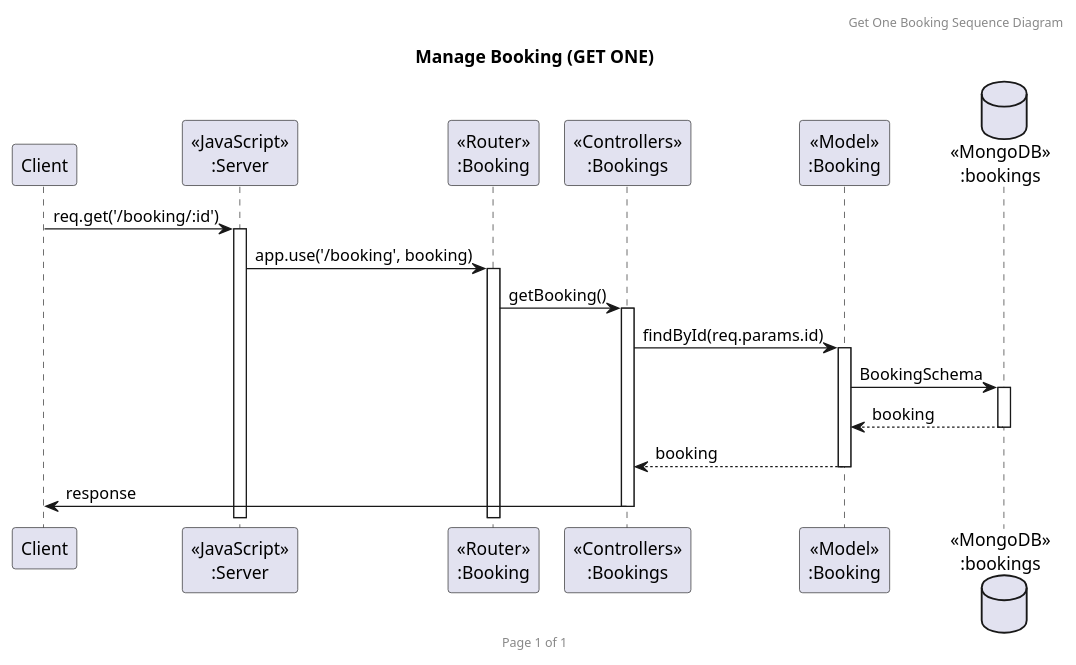
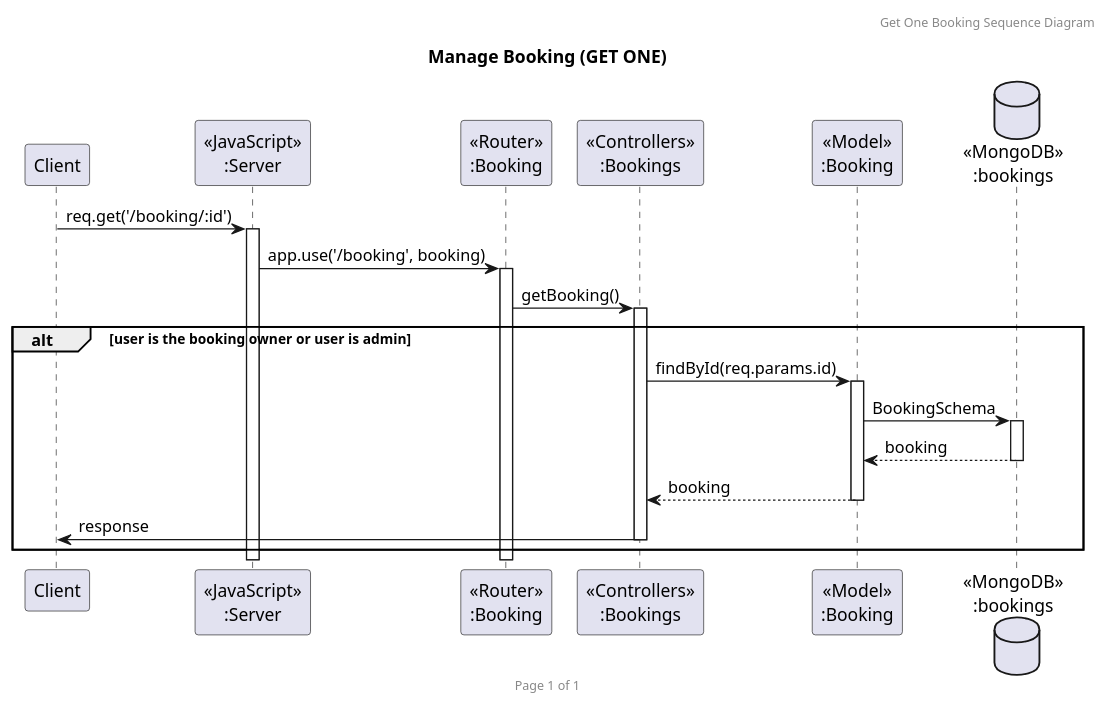
Before and after one commit to 2110503TACEDT66/presentation-day-1-laeo-tae-loei: the diagram in diagram/sequence/booking/getBooking.puml, drawn with PlantUML. The commit also changed 3 other files, not shown here.

Commit message:
booking sequence diagram

```diff
--- a/diagram/sequence/booking/getBooking.puml
+++ b/diagram/sequence/booking/getBooking.puml
@@ -1,23 +1,24 @@
 @startuml Get One Booking
 
 header Get One Booking Sequence Diagram
 footer Page %page% of %lastpage%
 title "Manage Booking (GET ONE)"
 
 participant "Client" as client
 participant "<<JavaScript>>\n:Server" as server
 participant "<<Router>>\n:Booking" as routerBookings
 participant "<<Controllers>>\n:Bookings" as controllersBookings
 participant "<<Model>>\n:Booking" as modelBooking
 database "<<MongoDB>>\n:bookings" as BookingsDatabase
 
 client -> server ++:req.get('/booking/:id')
 server -> routerBookings ++:app.use('/booking', booking)
 routerBookings -> controllersBookings ++:getBooking()
-controllersBookings -> modelBooking ++:findById(req.params.id)
-modelBooking -> BookingsDatabase ++: BookingSchema
-BookingsDatabase --> modelBooking --: booking
-controllersBookings <-- modelBooking --: booking
-controllersBookings -> client --: response
-
+alt user is the booking owner or user is admin
+    controllersBookings -> modelBooking ++:findById(req.params.id)
+    modelBooking -> BookingsDatabase ++: BookingSchema
+    BookingsDatabase --> modelBooking --: booking
+    controllersBookings <-- modelBooking --: booking
+    controllersBookings -> client --: response
+end
 @enduml
```
